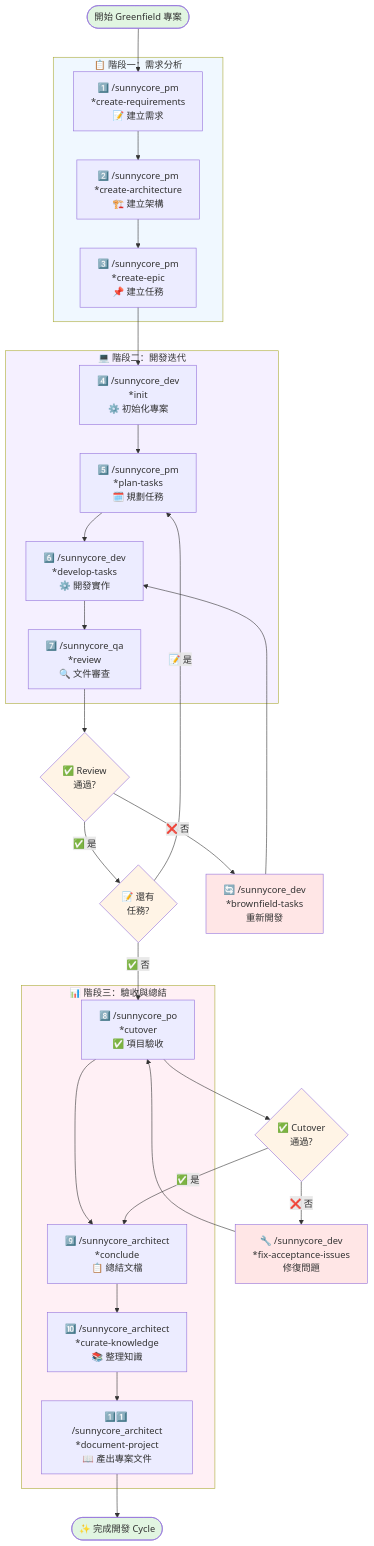
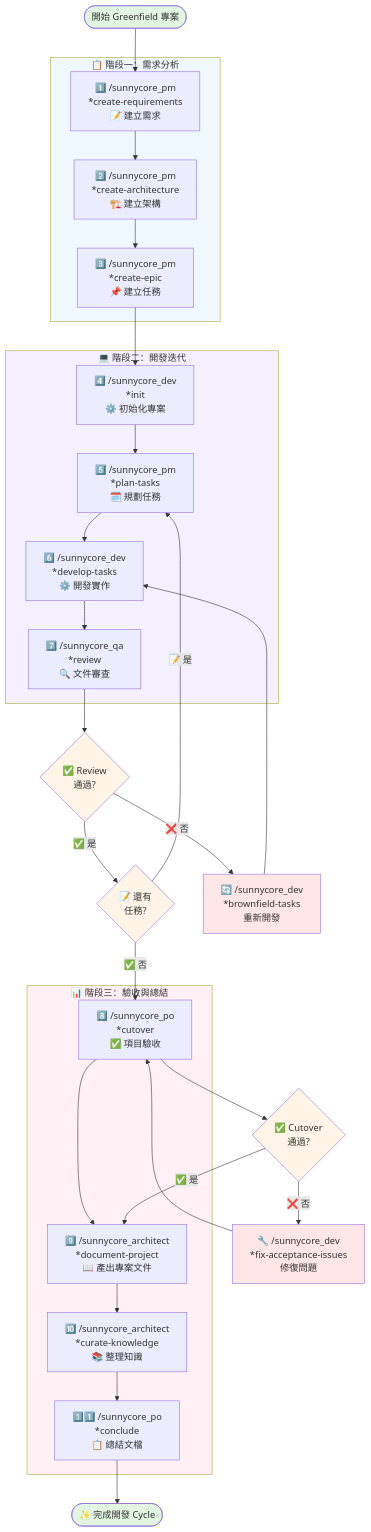
Before and after one commit to Yamiyorunoshura/sunnycore: the second of 3 diagrams in claude code/README.md, drawn with Mermaid. The commit also changed other lines of this file and 5 other files, not shown here.

First line of the commit message:
feat(conclude): enhance project conclusion with archiving and version management

````diff
--- a/claude code/README.md
+++ b/claude code/README.md
@@ -183,60 +183,60 @@
 ```mermaid
 flowchart TD
     Start([開始 Greenfield 專案]) --> A1
     
     subgraph Phase1 ["📋 階段一：需求分析"]
         A1["1️⃣ /sunnycore_pm<br/>*create-requirements<br/>📝 建立需求"]
         A2["2️⃣ /sunnycore_pm<br/>*create-architecture<br/>🏗️ 建立架構"]
         A3["3️⃣ /sunnycore_pm<br/>*create-epic<br/>📌 建立任務"]
         A1 --> A2 --> A3
     end
     
     subgraph Phase2 ["💻 階段二：開發迭代"]
         B0["4️⃣ /sunnycore_dev<br/>*init<br/>⚙️ 初始化專案"]
         B1["5️⃣ /sunnycore_pm<br/>*plan-tasks<br/>🗓️ 規劃任務"]
         B2["6️⃣ /sunnycore_dev<br/>*develop-tasks<br/>⚙️ 開發實作"]
         B3["7️⃣ /sunnycore_qa<br/>*review<br/>🔍 文件審查"]
         B0 --> B1 --> B2 --> B3
     end
     
     D1{"✅ Review<br/>通過?"}
     D2{"📝 還有<br/>任務?"}
     R1["🔄 /sunnycore_dev<br/>*brownfield-tasks<br/>重新開發"]
     
     subgraph Phase3 ["📊 階段三：驗收與總結"]
         C0["8️⃣ /sunnycore_po<br/>*cutover<br/>✅ 項目驗收"]
-        C1["9️⃣ /sunnycore_architect<br/>*conclude<br/>📋 總結文檔"]
+        C1["9️⃣ /sunnycore_architect<br/>*document-project<br/>📖 產出專案文件"]
         C2["🔟 /sunnycore_architect<br/>*curate-knowledge<br/>📚 整理知識"]
-        C3["1️⃣1️⃣ /sunnycore_architect<br/>*document-project<br/>📖 產出專案文件"]
+        C3["1️⃣1️⃣ /sunnycore_po<br/>*conclude<br/>📋 總結文檔"]
         C0 --> C1 --> C2 --> C3
     end
     
     D3{"✅ Cutover<br/>通過?"}
     R2["🔧 /sunnycore_dev<br/>*fix-acceptance-issues<br/>修復問題"]
     
     Done([✨ 完成開發 Cycle])
     
     A3 --> B0
     B3 --> D1
     D1 -->|"❌ 否"| R1
     R1 --> B2
     D1 -->|"✅ 是"| D2
     D2 -->|"📝 是"| B1
     D2 -->|"✅ 否"| C0
     C0 --> D3
     D3 -->|"❌ 否"| R2
     R2 --> C0
     D3 -->|"✅ 是"| C1
     C3 --> Done
     
     style Start fill:#e1f5e1
     style Done fill:#e1f5e1
     style D1 fill:#fff4e6
     style D2 fill:#fff4e6
     style D3 fill:#fff4e6
     style R1 fill:#ffe6e6
     style R2 fill:#ffe6e6
     style Phase1 fill:#f0f8ff
     style Phase2 fill:#f5f0ff
     style Phase3 fill:#fff0f5
 ```
````
